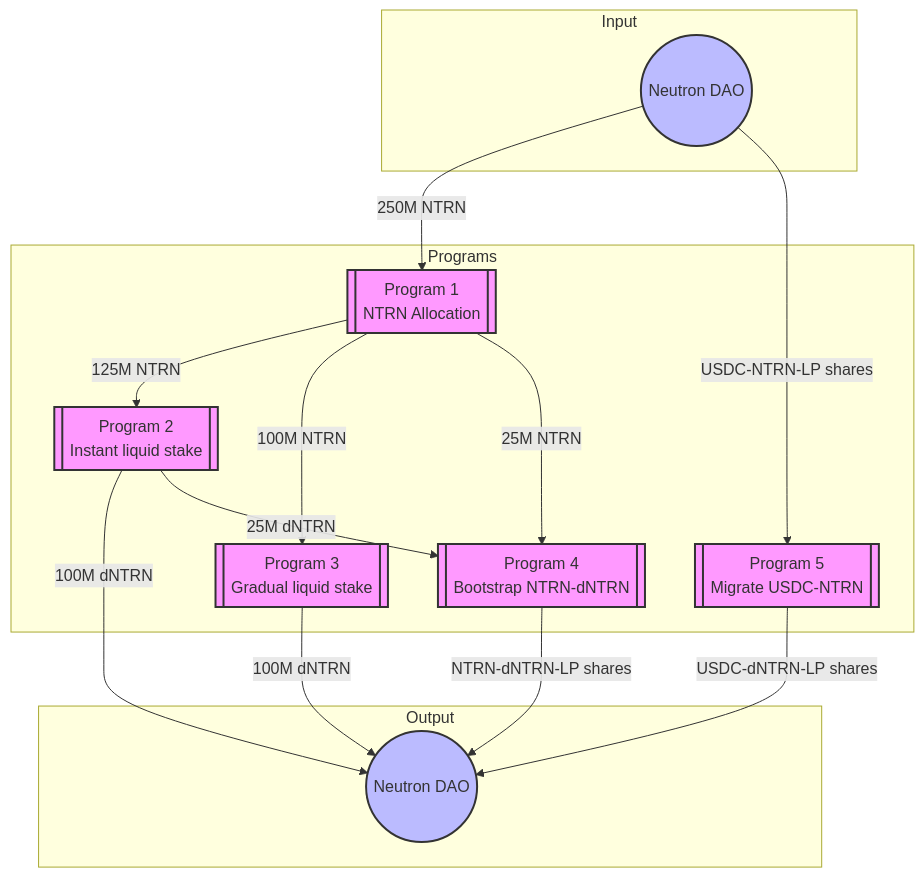
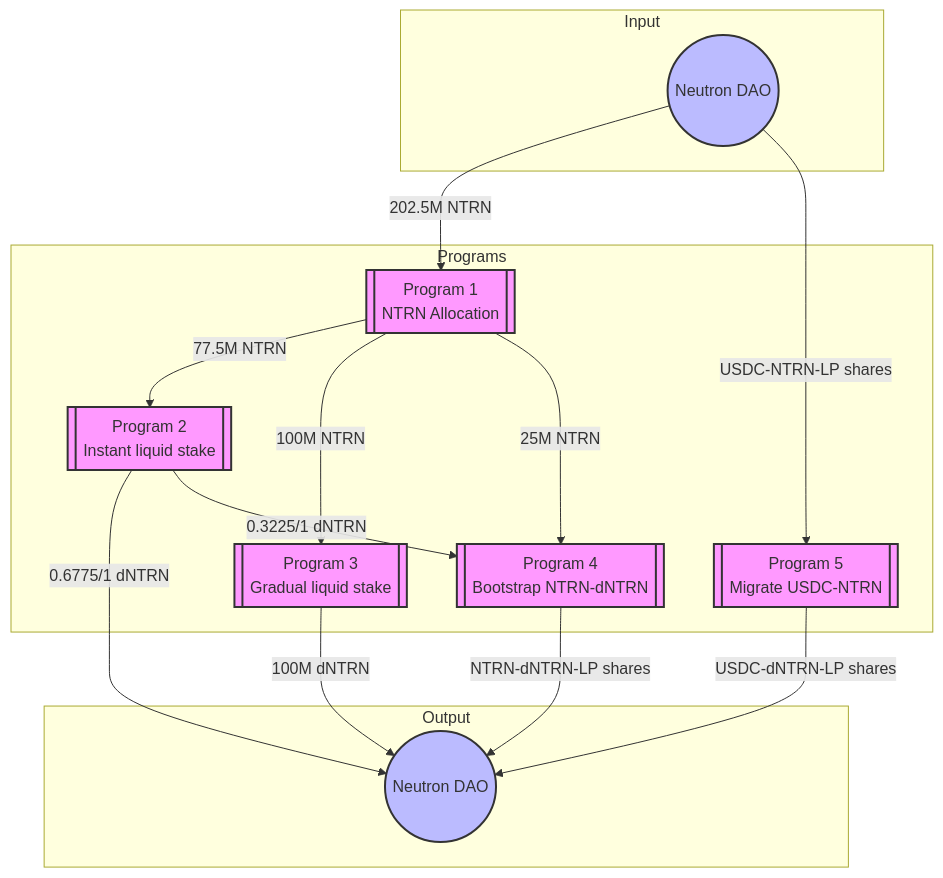
Before and after one commit to timewave-computer/timewave-program-deployments: the diagram in Neutron_dICS_Programs.md, drawn with Mermaid. The commit also changed other lines of this file and 15 other files, not shown here.

````diff
--- a/Neutron_dICS_Programs.md
+++ b/Neutron_dICS_Programs.md
@@ -12,41 +12,41 @@
 ```mermaid
 graph TD;
     %% Define subgraphs for better organization
     subgraph Input
         N1((Neutron DAO))
     end
 
     subgraph Programs
         P1[[Program 1<br>NTRN Allocation]]
         P2[[Program 2<br>Instant liquid stake]]
         P3[[Program 3<br>Gradual liquid stake]]
         P4[[Program 4<br>Bootstrap NTRN-dNTRN]]
         P5[[Program 5<br>Migrate USDC-NTRN]]
     end
 
     subgraph Output
         N2((Neutron DAO))
     end
 
     %% Main NTRN flow
-    N1 --250M NTRN--> P1
-    P1 --125M NTRN--> P2
+    N1 --202.5M NTRN--> P1
+    P1 --77.5M NTRN--> P2
     P1 --100M NTRN--> P3
     P1 --25M NTRN--> P4
 
     %% Liquid staking flows
-    P2 --100M dNTRN--> N2
-    P2 --25M dNTRN--> P4
+    P2 --0.6775/1 dNTRN--> N2
+    P2 --0.3225/1 dNTRN--> P4
     P3 --100M dNTRN--> N2
 
     %% Liquidity flows
     P4 --NTRN-dNTRN-LP shares--> N2
     N1 --USDC-NTRN-LP shares--> P5
     P5 --USDC-dNTRN-LP shares--> N2
 
     %% Layout improvements
     classDef program fill:#f9f,stroke:#333,stroke-width:2px;
     classDef dao fill:#bbf,stroke:#333,stroke-width:2px;
     class P1,P2,P3,P4,P5 program;
     class N1,N2 dao;
 ```
````
